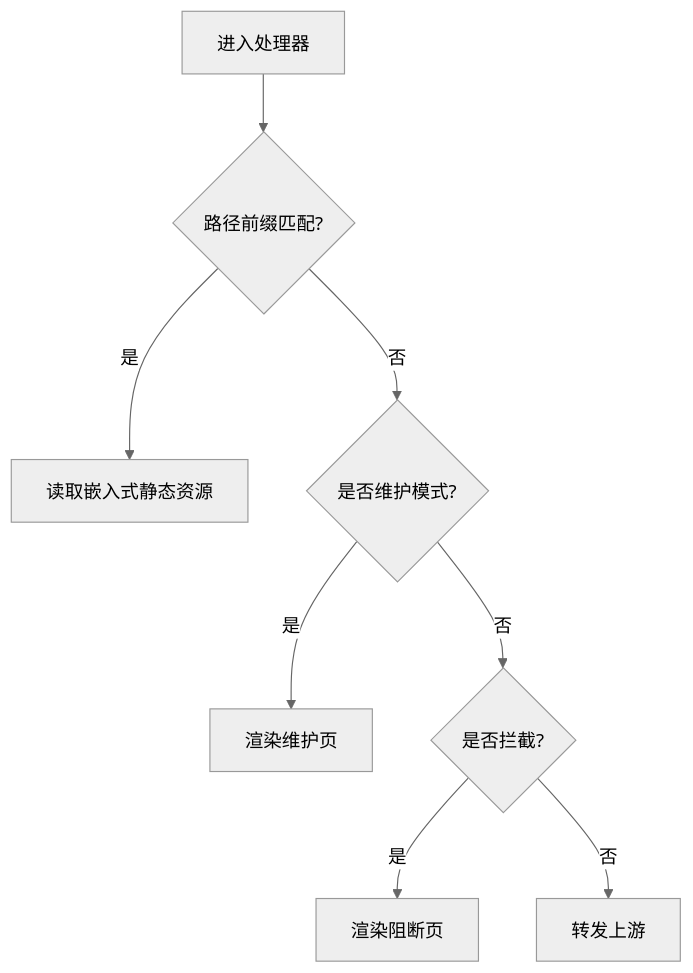
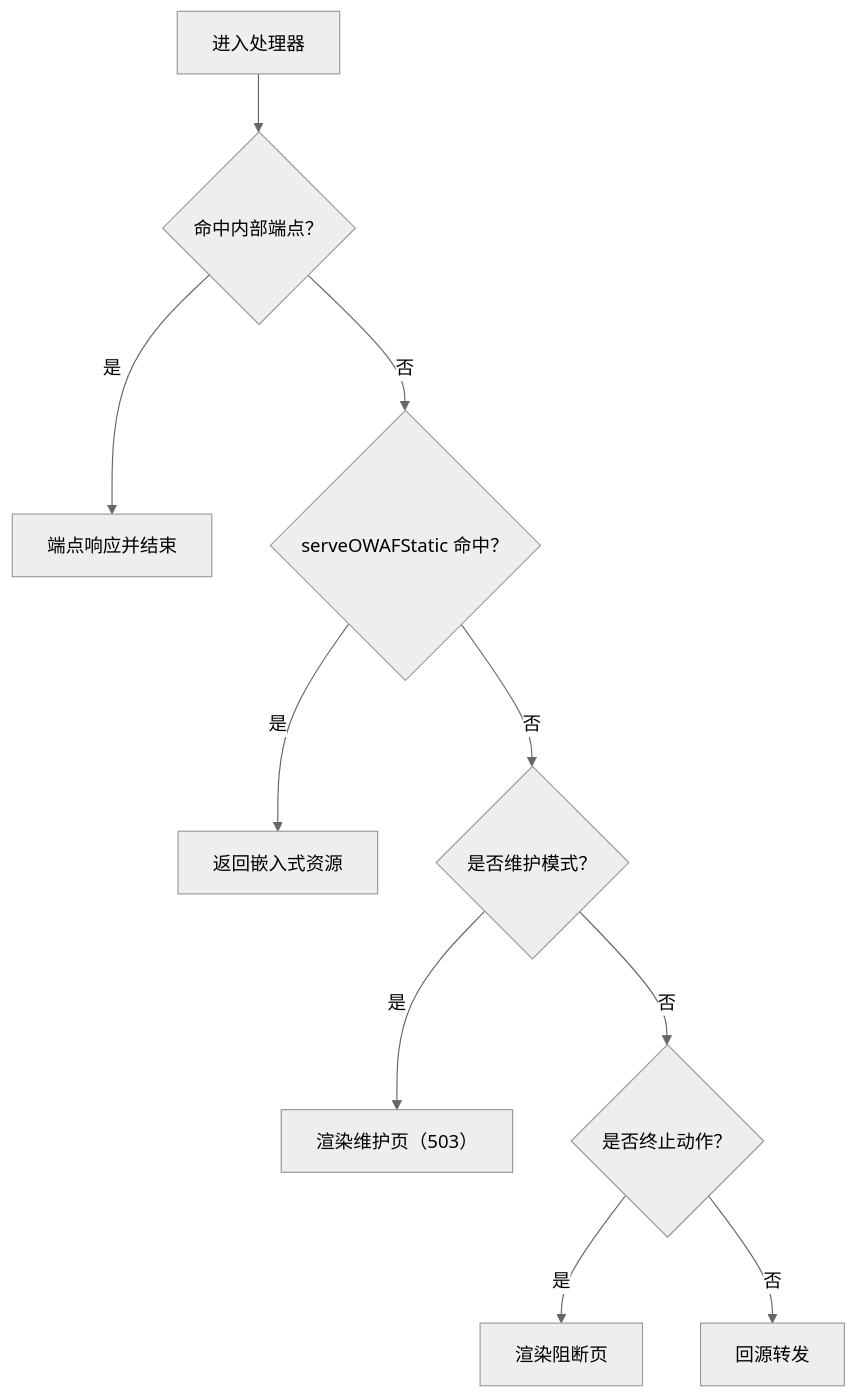
The sixth of 10 diagrams in docs/数据平面处理/请求处理流程.md (x01n/My-OpenWaf), drawn with Mermaid (neutral theme) before and after one commit. The commit also changed other lines of this file and 622 other files, not shown here.

````diff
--- a/docs/数据平面处理/请求处理流程.md
+++ b/docs/数据平面处理/请求处理流程.md
@@ -242,10 +336,12 @@
 ```mermaid
 flowchart TD
-S["进入处理器"] --> PFX{"路径前缀匹配?"}
-PFX --> |是| STATIC["读取嵌入式静态资源"]
-PFX --> |否| MNT{"是否维护模式?"}
-MNT --> |是| MHTML["渲染维护页"]
-MNT --> |否| DECIDE{"是否拦截?"}
+S["进入处理器"] --> EP{"命中内部端点？"}
+EP --> |是| EPR["端点响应并结束"]
+EP --> |否| STATIC{"serveOWAFStatic 命中？"}
+STATIC --> |是| ST["返回嵌入式资源"]
+STATIC --> |否| MNT{"是否维护模式？"}
+MNT --> |是| MHTML["渲染维护页（503）"]
+MNT --> |否| DECIDE{"是否终止动作？"}
 DECIDE --> |是| BHTML["渲染阻断页"]
-DECIDE --> |否| UP["转发上游"]
+DECIDE --> |否| UP["回源转发"]
 ```
````
